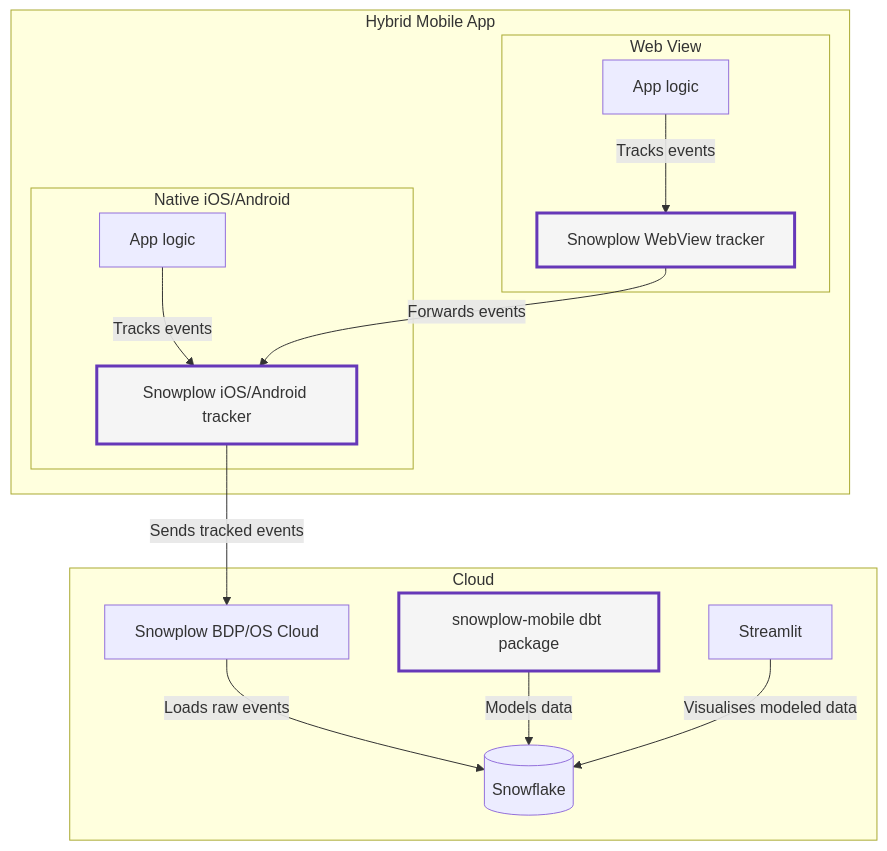
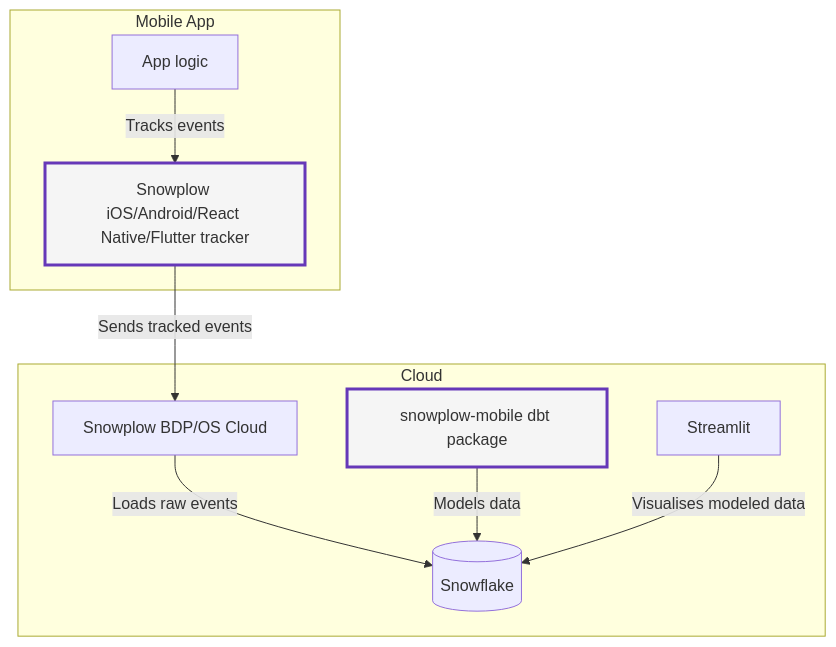
Before and after one commit to snowplow/advanced-analytics-mobile-accelerator: the first of 2 diagrams in content/_index.md, drawn with Mermaid. The commit also changed other lines of this file and 13 other files, not shown here.

```diff
--- a/content/_index.md
+++ b/content/_index.md
@@ -41,45 +36,30 @@
 {{<mermaid>}}
 flowchart TB
 
-subgraph hybridApp[Hybrid Mobile App]
+subgraph mobileApp[Mobile App]
+    appCode[App logic]
+    tracker[Snowplow iOS/Android/React Native/Flutter tracker]
 
-    subgraph webView[Web View]
-        webViewCode[App logic]
-        webViewTracker[Snowplow WebView tracker]
+    appCode -- "Tracks events" --> tracker
 
-        webViewCode -- "Tracks events" --> webViewTracker
-
-        style webViewTracker fill:#f5f5f5,stroke:#6638B8,stroke-width:3px
-        click webViewTracker "https://github.com/snowplow-incubator/snowplow-webview-tracker" "Open tracker package" _blank
-    end
-
-    subgraph nativeCode[Native iOS/Android]
-        nativeAppCode[App logic]
-        nativeTracker[Snowplow iOS/Android tracker]
-
-        nativeAppCode -- "Tracks events" --> nativeTracker
-
-        style nativeTracker fill:#f5f5f5,stroke:#6638B8,stroke-width:3px
-        click nativeTracker "https://docs.snowplow.io/docs/collecting-data/collecting-from-own-applications/mobile-trackers/installation-and-set-up/" "Open tracker docs" _blank
-    end
-
-    webViewTracker -- "Forwards events" --> nativeTracker
+    style tracker fill:#f5f5f5,stroke:#6638B8,stroke-width:3px
+    click tracker "https://docs.snowplow.io/docs/collecting-data/collecting-from-own-applications/mobile-trackers/installation-and-set-up/" "Open tracker docs" _blank
 end
 
 subgraph cloud[Cloud]
     snowplow[Snowplow BDP/OS Cloud]
     snowflake[(Snowflake)]
     dbt[snowplow-mobile dbt package]
     streamlit[Streamlit]
 
     snowplow -- "Loads raw events" --> snowflake
     dbt -- "Models data" --> snowflake
     streamlit -- "Visualises modeled data" --> snowflake
 
     style dbt fill:#f5f5f5,stroke:#6638B8,stroke-width:3px
     click dbt "https://docs.snowplowanalytics.com/docs/modeling-your-data/the-snowplow-mobile-data-model/dbt-mobile-data-model/" "Open dbt package" _blank
     click snowplow "https://snowplow.io/snowplow-bdp/" "Snowplow BDP" _blank
 end
 
-nativeTracker -- "Sends tracked events" --> snowplow
+tracker -- "Sends tracked events" --> snowplow
 {{</mermaid>}}
```
